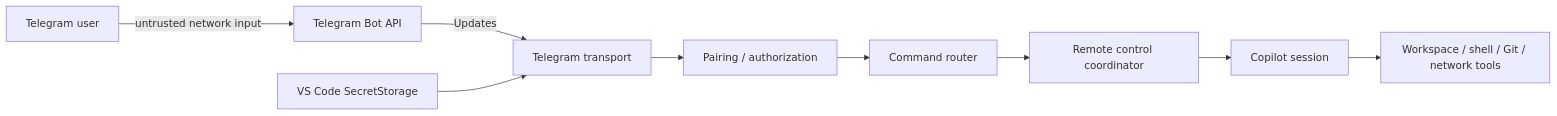
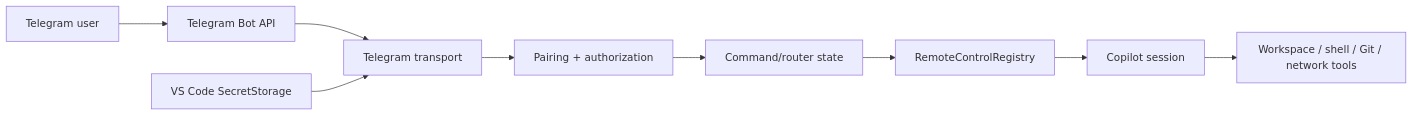
The diagram in extensions/copilot/docs/telegram-remote/SECURITY.md (SachiHarshitha/vscode-telegram), drawn with Mermaid before and after one commit. The commit also changed other lines of this file, not shown here.

Commit message:
docs(telegram-remote): consolidate current security model

````diff
--- a/extensions/copilot/docs/telegram-remote/SECURITY.md
+++ b/extensions/copilot/docs/telegram-remote/SECURITY.md
@@ -23,12 +27,15 @@
 ```mermaid
 flowchart LR
-    U[Telegram user] -->|untrusted network input| TG[Telegram Bot API]
-    TG -->|Updates| TA[Telegram transport]
-    TA --> AUTH[Pairing / authorization]
-    AUTH --> ROUTE[Command router]
-    ROUTE --> RC[Remote control coordinator]
-    RC --> CS[Copilot session]
-    CS --> FS[Workspace / shell / Git / network tools]
+    U[Telegram user]
+    TG[Telegram Bot API]
+    TA[Telegram transport]
+    AUTH[Pairing + authorization]
+    ROUTE[Command/router state]
+    REG[RemoteControlRegistry]
+    SES[Copilot session]
+    TOOLS[Workspace / shell / Git / network tools]
+    SEC[VS Code SecretStorage]
 
-    SEC[VS Code SecretStorage] --> TA
+    U --> TG --> TA --> AUTH --> ROUTE --> REG --> SES --> TOOLS
+    SEC --> TA
 ```
````
